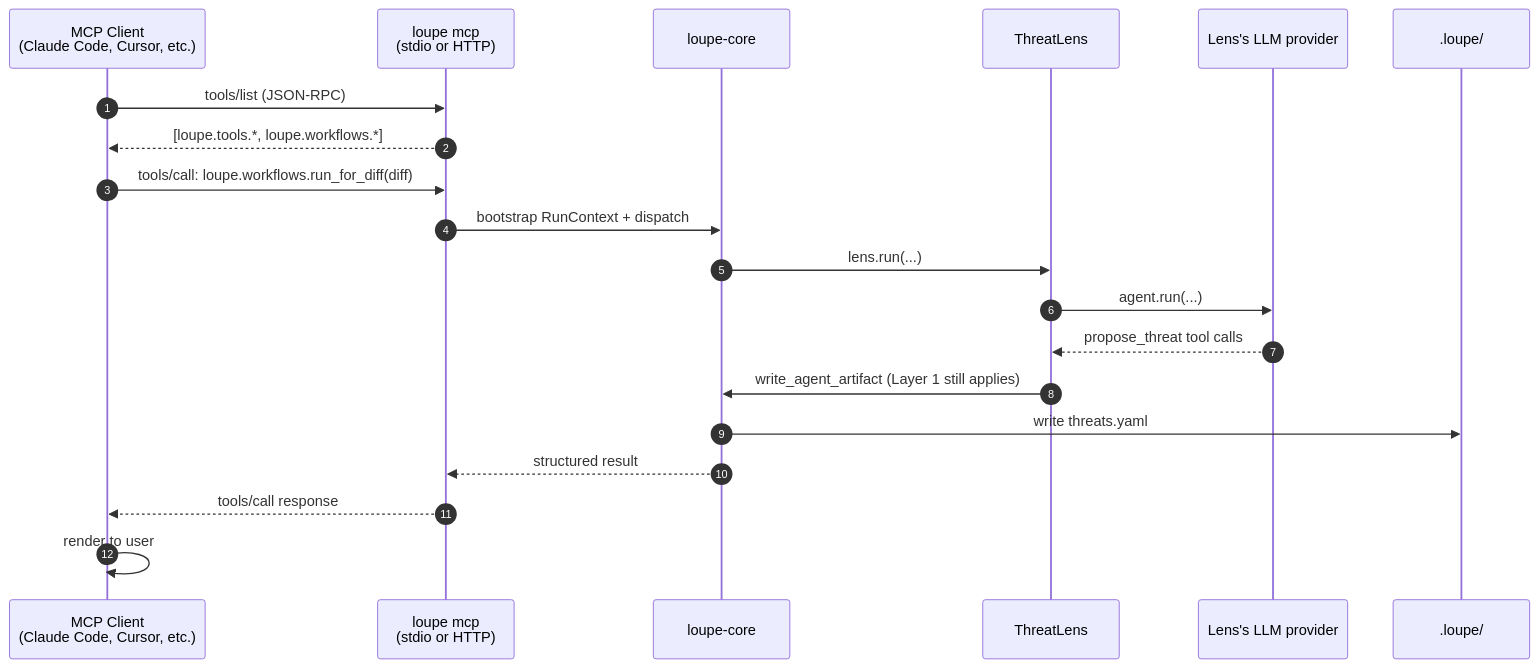
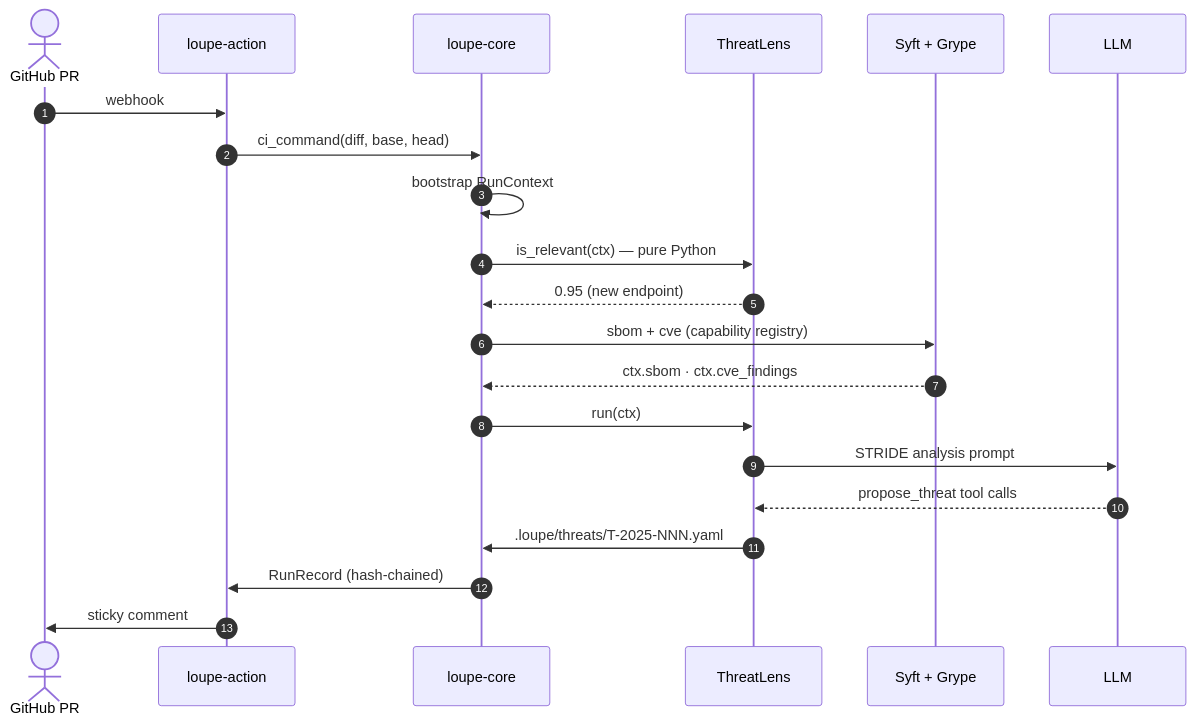
Before and after one commit to fadi-labib/loupe: the second of 2 diagrams in docs/ARCHITECTURE.md, drawn with Mermaid. The commit also changed other lines of this file, not shown here.

First line of the commit message:
docs(architecture): cut to two diagrams

````diff
--- a/docs/ARCHITECTURE.md
+++ b/docs/ARCHITECTURE.md
@@ -314,23 +44,24 @@
 ```mermaid
 sequenceDiagram
     autonumber
-    participant Client as MCP Client<br/>(Claude Code, Cursor, etc.)
-    participant MCP as loupe mcp<br/>(stdio or HTTP)
+    actor PR as GitHub PR
+    participant Action as loupe-action
     participant Core as loupe-core
     participant Lens as ThreatLens
-    participant LLM as Lens's LLM provider
-    participant Repo as .loupe/
+    participant Tools as Syft + Grype
+    participant LLM as LLM
 
-    Client->>MCP: tools/list (JSON-RPC)
-    MCP-->>Client: [loupe.tools.*, loupe.workflows.*]
-    Client->>MCP: tools/call: loupe.workflows.run_for_diff(diff)
-    MCP->>Core: bootstrap RunContext + dispatch
-    Core->>Lens: lens.run(...)
-    Lens->>LLM: agent.run(...)
+    PR->>Action: webhook
+    Action->>Core: ci_command(diff, base, head)
+    Core->>Core: bootstrap RunContext
+    Core->>Lens: is_relevant(ctx) — pure Python
+    Lens-->>Core: 0.95 (new endpoint)
+    Core->>Tools: sbom + cve (capability registry)
+    Tools-->>Core: ctx.sbom · ctx.cve_findings
+    Core->>Lens: run(ctx)
+    Lens->>LLM: STRIDE analysis prompt
     LLM-->>Lens: propose_threat tool calls
-    Lens->>Core: write_agent_artifact (Layer 1 still applies)
-    Core->>Repo: write threats.yaml
-    Core-->>MCP: structured result
-    MCP-->>Client: tools/call response
-    Client->>Client: render to user
+    Lens->>Core: .loupe/threats/T-2025-NNN.yaml
+    Core->>Action: RunRecord (hash-chained)
+    Action->>PR: sticky comment
 ```
````
